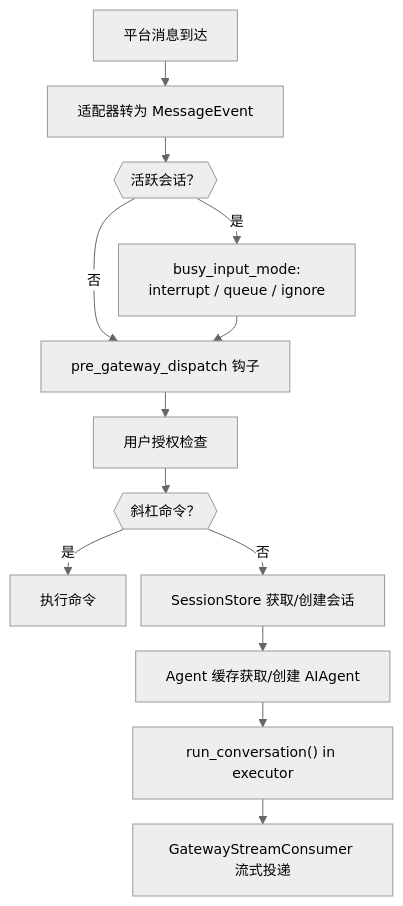
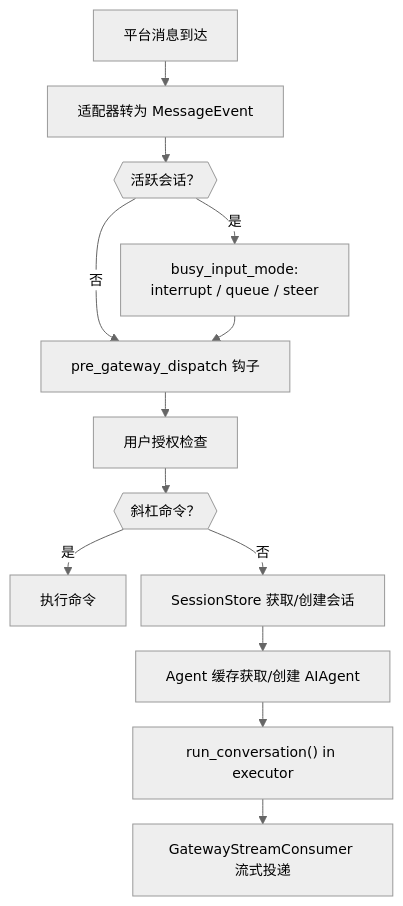
One commit to fang-lin/hermes-agent-code-analysis changed the diagram in docs/zh/05-网关层.md. Above: the diagram before and after it, drawn with Mermaid. The commit also changed other lines of this file and 5 other files, not shown here.

````diff
--- a/docs/zh/05-网关层.md
+++ b/docs/zh/05-网关层.md
@@ -93,16 +93,16 @@
 ```mermaid
 %%{init: {"theme": "neutral", "themeVariables": {"fontSize": "14px"}, "flowchart": {"nodeSpacing": 15, "rankSpacing": 25}}}%%
 flowchart TD
     MSG["平台消息到达"] --> ADAPT["适配器转为 MessageEvent"]
     ADAPT --> BUSY{{"活跃会话？"}}
-    BUSY -->|是| MODE["busy_input_mode:<br/>interrupt / queue / ignore"]
+    BUSY -->|是| MODE["busy_input_mode:<br/>interrupt / queue / steer"]
     BUSY -->|否| PLUGIN["pre_gateway_dispatch 钩子"]
     MODE --> PLUGIN
     PLUGIN --> AUTH["用户授权检查"]
     AUTH --> CMD{{"斜杠命令？"}}
     CMD -->|是| EXEC_CMD["执行命令"]
     CMD -->|否| SESSION["SessionStore 获取/创建会话"]
     SESSION --> AGENT["Agent 缓存获取/创建 AIAgent"]
     AGENT --> RUN["run_conversation#40;#41; in executor"]
     RUN --> STREAM["GatewayStreamConsumer 流式投递"]
 ```
````
